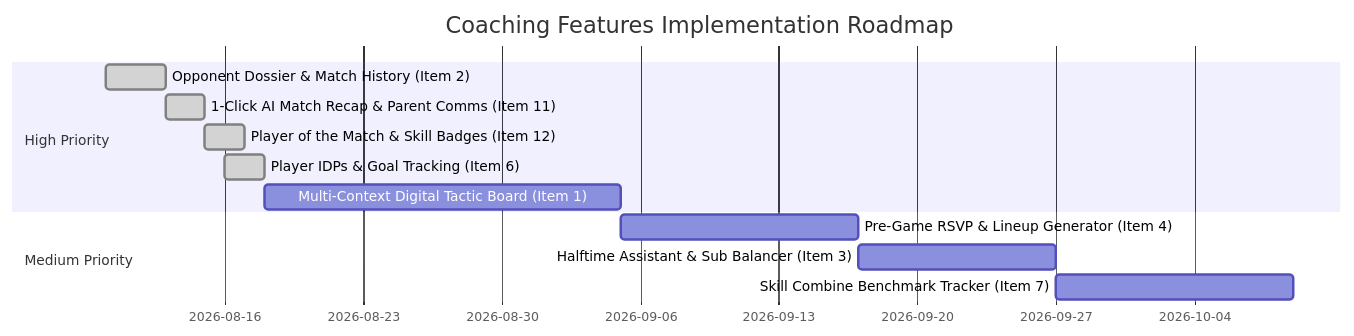
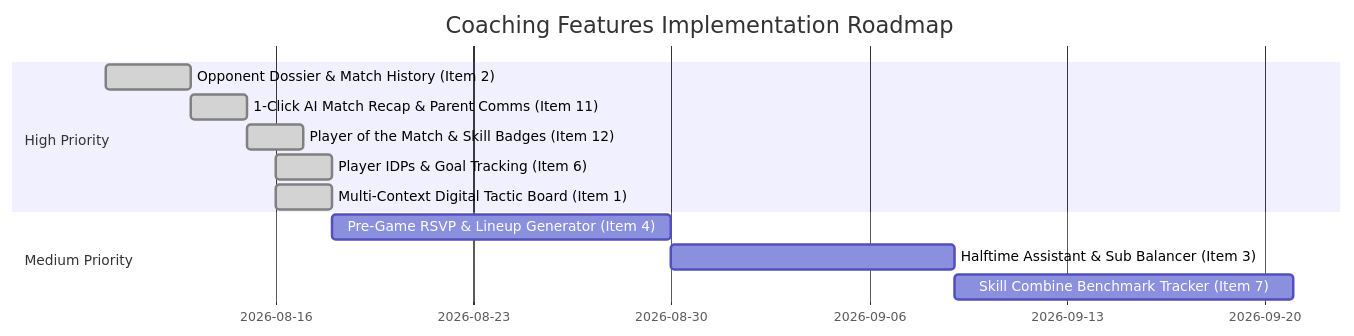
Before and after one commit to pjlamb12/apex-team-management: the diagram in .planning/NEXT_FEATURES.md, drawn with Mermaid. The commit also changed other lines of this file and 54 other files, not shown here.

Commit message:
feat(tactics): implement interactive tactic board and multi-sport playbook

````diff
--- a/.planning/NEXT_FEATURES.md
+++ b/.planning/NEXT_FEATURES.md
@@ -190,15 +190,15 @@
 ```mermaid
 gantt
     title Coaching Features Implementation Roadmap
     dateFormat  YYYY-MM-DD
     section High Priority
     Opponent Dossier & Match History (Item 2)        :done, p1, 2026-08-10, 3d
     1-Click AI Match Recap & Parent Comms (Item 11)   :done, p2, 2026-08-13, 2d
     Player of the Match & Skill Badges (Item 12)     :done, p3, 2026-08-15, 2d
     Player IDPs & Goal Tracking (Item 6)             :done, p5, 2026-08-16, 2d
-    Multi-Context Digital Tactic Board (Item 1)      :p4, after p5, 18d
+    Multi-Context Digital Tactic Board (Item 1)      :done, p4, 2026-08-16, 2d
     section Medium Priority
     Pre-Game RSVP & Lineup Generator (Item 4)        :p6, after p4, 12d
     Halftime Assistant & Sub Balancer (Item 3)       :p7, after p6, 10d
     Skill Combine Benchmark Tracker (Item 7)         :p8, after p7, 12d
 ```
````
